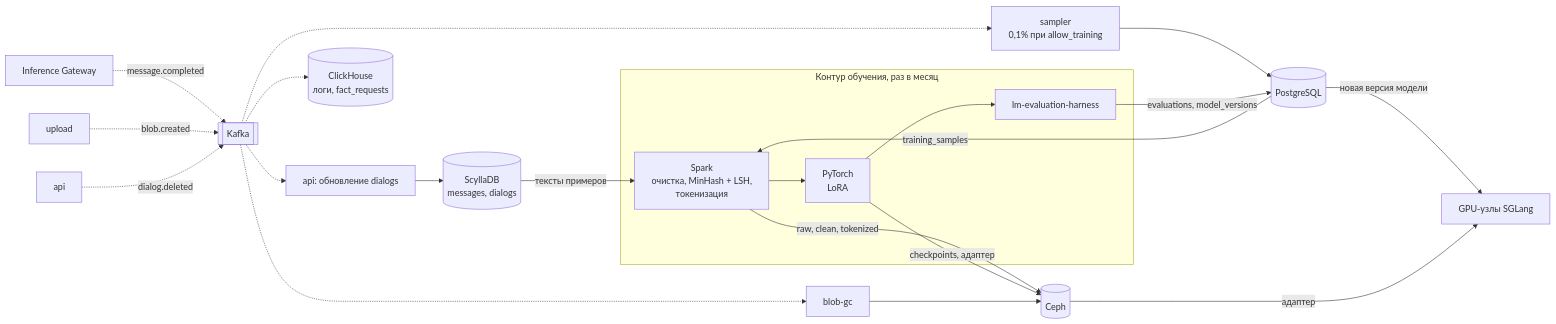
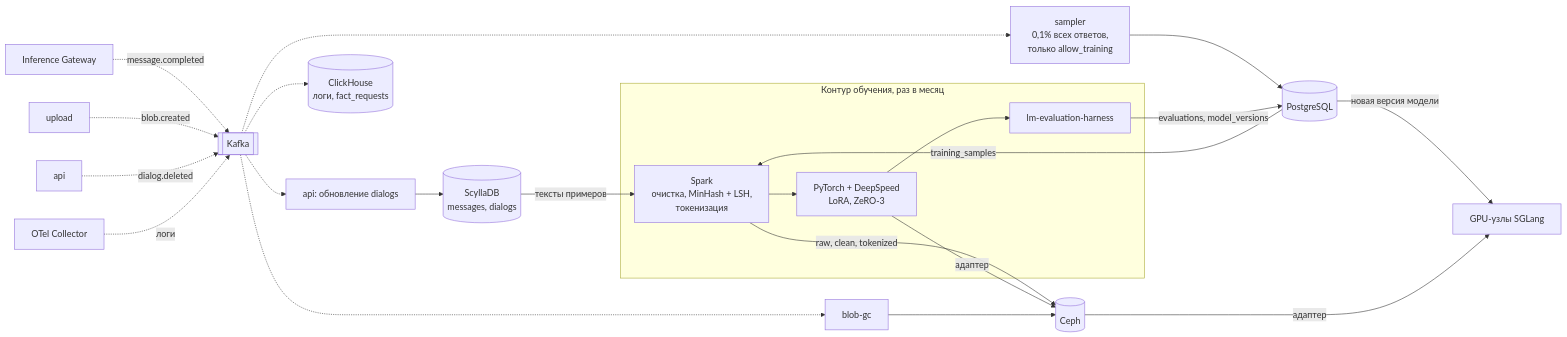
Before and after one commit to Nisakoo/Highload-TP: the fifth of 6 diagrams in README.md, drawn with Mermaid. The commit also changed other lines of this file, not shown here.

````diff
--- a/README.md
+++ b/README.md
@@ -931,23 +959,25 @@
 ```mermaid
 flowchart LR
     GW[Inference Gateway] -.->|message.completed| K[[Kafka]]
     UP[upload] -.->|blob.created| K
     API[api] -.->|dialog.deleted| K
 
+    OT[OTel Collector] -.->|логи| K
+
     K -.-> DU[api: обновление dialogs] --> SC[(ScyllaDB<br/>messages, dialogs)]
-    K -.-> SMP[sampler<br/>0,1% при allow_training] --> PG[(PostgreSQL)]
+    K -.-> SMP[sampler<br/>0,1% всех ответов,<br/>только allow_training] --> PG[(PostgreSQL)]
     K -.-> GC[blob-gc] --> CEPH[(Ceph)]
     K -.-> CH[(ClickHouse<br/>логи, fact_requests)]
 
     subgraph TR[Контур обучения, раз в месяц]
-        SP[Spark<br/>очистка, MinHash + LSH,<br/>токенизация] --> PT[PyTorch<br/>LoRA] --> EV[lm-evaluation-harness]
+        SP[Spark<br/>очистка, MinHash + LSH,<br/>токенизация] --> PT[PyTorch + DeepSpeed<br/>LoRA, ZeRO-3] --> EV[lm-evaluation-harness]
     end
 
     PG -->|training_samples| SP
     SC -->|тексты примеров| SP
     SP -->|raw, clean, tokenized| CEPH
-    PT -->|checkpoints, адаптер| CEPH
+    PT -->|адаптер| CEPH
     EV -->|evaluations, model_versions| PG
     PG -->|новая версия модели| SG[GPU-узлы SGLang]
     CEPH -->|адаптер| SG
 ```
````
